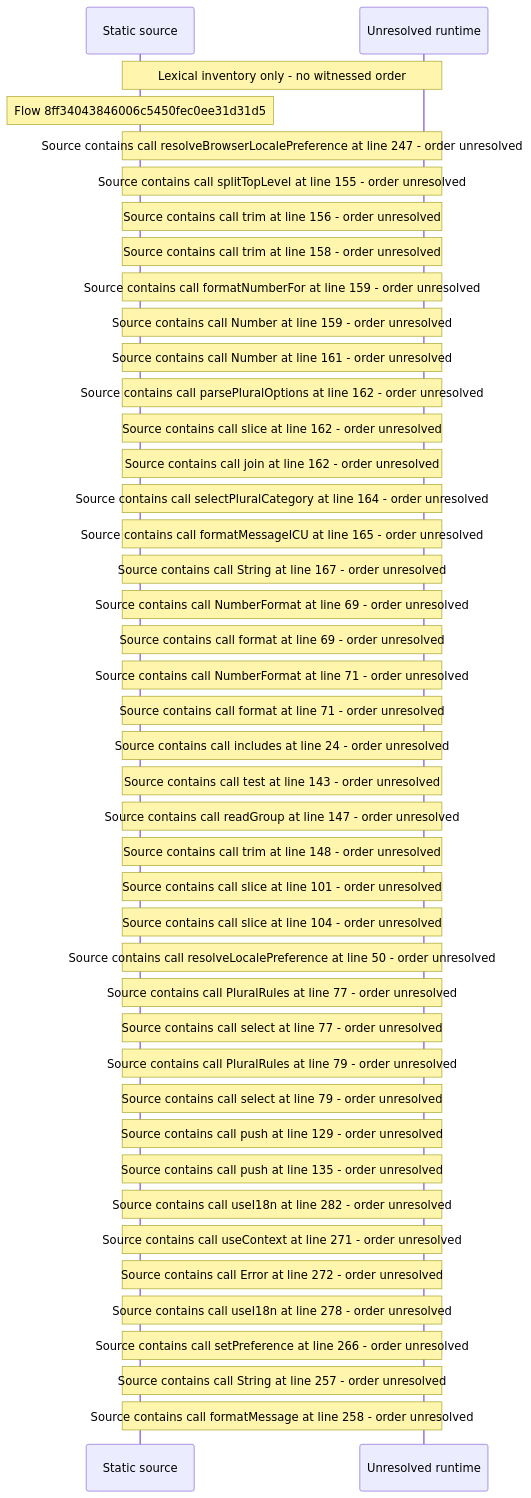
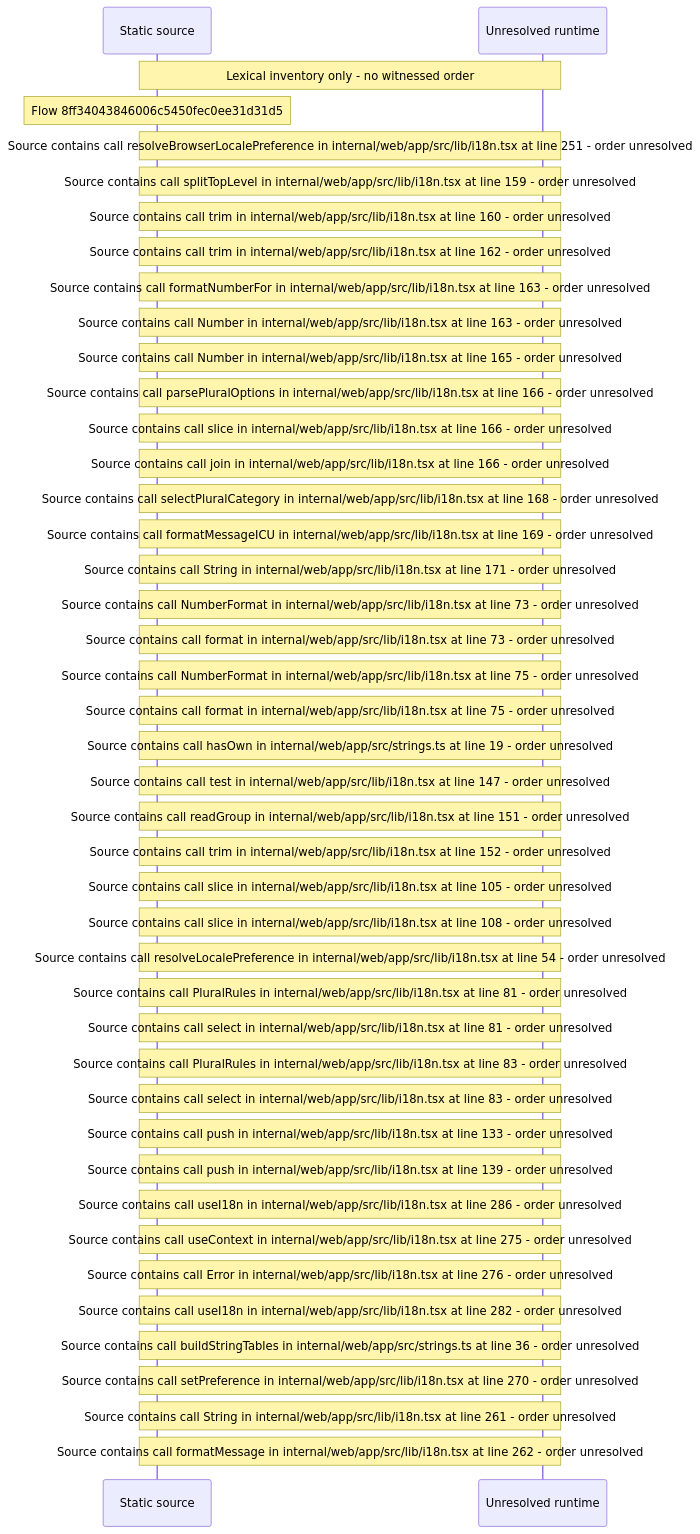
The diagram in docs/web/flows/generated/8ff34043846006c5450fec0ee31d31d5/flow-diagram.md (beamfall/core), drawn with Mermaid before and after one commit. The commit also changed other lines of this file and 715 other files, not shown here.

Commit message:
Regenerate the web flow record on the landing stack head (CORE-1762)

````diff
--- a/docs/web/flows/generated/8ff34043846006c5450fec0ee31d31d5/flow-diagram.md
+++ b/docs/web/flows/generated/8ff34043846006c5450fec0ee31d31d5/flow-diagram.md
@@ -10,44 +10,45 @@
 ```mermaid
 sequenceDiagram
     participant S as Static source
     participant U as Unresolved runtime
     Note over S,U: Lexical inventory only - no witnessed order
     Note over S: Flow 8ff34043846006c5450fec0ee31d31d5
-    Note over S,U: Source contains call resolveBrowserLocalePreference at line 247 - order unresolved
-    Note over S,U: Source contains call splitTopLevel at line 155 - order unresolved
-    Note over S,U: Source contains call trim at line 156 - order unresolved
-    Note over S,U: Source contains call trim at line 158 - order unresolved
-    Note over S,U: Source contains call formatNumberFor at line 159 - order unresolved
-    Note over S,U: Source contains call Number at line 159 - order unresolved
-    Note over S,U: Source contains call Number at line 161 - order unresolved
-    Note over S,U: Source contains call parsePluralOptions at line 162 - order unresolved
-    Note over S,U: Source contains call slice at line 162 - order unresolved
-    Note over S,U: Source contains call join at line 162 - order unresolved
-    Note over S,U: Source contains call selectPluralCategory at line 164 - order unresolved
-    Note over S,U: Source contains call formatMessageICU at line 165 - order unresolved
-    Note over S,U: Source contains call String at line 167 - order unresolved
-    Note over S,U: Source contains call NumberFormat at line 69 - order unresolved
-    Note over S,U: Source contains call format at line 69 - order unresolved
-    Note over S,U: Source contains call NumberFormat at line 71 - order unresolved
-    Note over S,U: Source contains call format at line 71 - order unresolved
-    Note over S,U: Source contains call includes at line 24 - order unresolved
-    Note over S,U: Source contains call test at line 143 - order unresolved
-    Note over S,U: Source contains call readGroup at line 147 - order unresolved
-    Note over S,U: Source contains call trim at line 148 - order unresolved
-    Note over S,U: Source contains call slice at line 101 - order unresolved
-    Note over S,U: Source contains call slice at line 104 - order unresolved
-    Note over S,U: Source contains call resolveLocalePreference at line 50 - order unresolved
-    Note over S,U: Source contains call PluralRules at line 77 - order unresolved
-    Note over S,U: Source contains call select at line 77 - order unresolved
-    Note over S,U: Source contains call PluralRules at line 79 - order unresolved
-    Note over S,U: Source contains call select at line 79 - order unresolved
-    Note over S,U: Source contains call push at line 129 - order unresolved
-    Note over S,U: Source contains call push at line 135 - order unresolved
-    Note over S,U: Source contains call useI18n at line 282 - order unresolved
-    Note over S,U: Source contains call useContext at line 271 - order unresolved
-    Note over S,U: Source contains call Error at line 272 - order unresolved
-    Note over S,U: Source contains call useI18n at line 278 - order unresolved
-    Note over S,U: Source contains call setPreference at line 266 - order unresolved
-    Note over S,U: Source contains call String at line 257 - order unresolved
-    Note over S,U: Source contains call formatMessage at line 258 - order unresolved
+    Note over S,U: Source contains call resolveBrowserLocalePreference in internal/web/app/src/lib/i18n.tsx at line 251 - order unresolved
+    Note over S,U: Source contains call splitTopLevel in internal/web/app/src/lib/i18n.tsx at line 159 - order unresolved
+    Note over S,U: Source contains call trim in internal/web/app/src/lib/i18n.tsx at line 160 - order unresolved
+    Note over S,U: Source contains call trim in internal/web/app/src/lib/i18n.tsx at line 162 - order unresolved
+    Note over S,U: Source contains call formatNumberFor in internal/web/app/src/lib/i18n.tsx at line 163 - order unresolved
+    Note over S,U: Source contains call Number in internal/web/app/src/lib/i18n.tsx at line 163 - order unresolved
+    Note over S,U: Source contains call Number in internal/web/app/src/lib/i18n.tsx at line 165 - order unresolved
+    Note over S,U: Source contains call parsePluralOptions in internal/web/app/src/lib/i18n.tsx at line 166 - order unresolved
+    Note over S,U: Source contains call slice in internal/web/app/src/lib/i18n.tsx at line 166 - order unresolved
+    Note over S,U: Source contains call join in internal/web/app/src/lib/i18n.tsx at line 166 - order unresolved
+    Note over S,U: Source contains call selectPluralCategory in internal/web/app/src/lib/i18n.tsx at line 168 - order unresolved
+    Note over S,U: Source contains call formatMessageICU in internal/web/app/src/lib/i18n.tsx at line 169 - order unresolved
+    Note over S,U: Source contains call String in internal/web/app/src/lib/i18n.tsx at line 171 - order unresolved
+    Note over S,U: Source contains call NumberFormat in internal/web/app/src/lib/i18n.tsx at line 73 - order unresolved
+    Note over S,U: Source contains call format in internal/web/app/src/lib/i18n.tsx at line 73 - order unresolved
+    Note over S,U: Source contains call NumberFormat in internal/web/app/src/lib/i18n.tsx at line 75 - order unresolved
+    Note over S,U: Source contains call format in internal/web/app/src/lib/i18n.tsx at line 75 - order unresolved
+    Note over S,U: Source contains call hasOwn in internal/web/app/src/strings.ts at line 19 - order unresolved
+    Note over S,U: Source contains call test in internal/web/app/src/lib/i18n.tsx at line 147 - order unresolved
+    Note over S,U: Source contains call readGroup in internal/web/app/src/lib/i18n.tsx at line 151 - order unresolved
+    Note over S,U: Source contains call trim in internal/web/app/src/lib/i18n.tsx at line 152 - order unresolved
+    Note over S,U: Source contains call slice in internal/web/app/src/lib/i18n.tsx at line 105 - order unresolved
+    Note over S,U: Source contains call slice in internal/web/app/src/lib/i18n.tsx at line 108 - order unresolved
+    Note over S,U: Source contains call resolveLocalePreference in internal/web/app/src/lib/i18n.tsx at line 54 - order unresolved
+    Note over S,U: Source contains call PluralRules in internal/web/app/src/lib/i18n.tsx at line 81 - order unresolved
+    Note over S,U: Source contains call select in internal/web/app/src/lib/i18n.tsx at line 81 - order unresolved
+    Note over S,U: Source contains call PluralRules in internal/web/app/src/lib/i18n.tsx at line 83 - order unresolved
+    Note over S,U: Source contains call select in internal/web/app/src/lib/i18n.tsx at line 83 - order unresolved
+    Note over S,U: Source contains call push in internal/web/app/src/lib/i18n.tsx at line 133 - order unresolved
+    Note over S,U: Source contains call push in internal/web/app/src/lib/i18n.tsx at line 139 - order unresolved
+    Note over S,U: Source contains call useI18n in internal/web/app/src/lib/i18n.tsx at line 286 - order unresolved
+    Note over S,U: Source contains call useContext in internal/web/app/src/lib/i18n.tsx at line 275 - order unresolved
+    Note over S,U: Source contains call Error in internal/web/app/src/lib/i18n.tsx at line 276 - order unresolved
+    Note over S,U: Source contains call useI18n in internal/web/app/src/lib/i18n.tsx at line 282 - order unresolved
+    Note over S,U: Source contains call buildStringTables in internal/web/app/src/strings.ts at line 36 - order unresolved
+    Note over S,U: Source contains call setPreference in internal/web/app/src/lib/i18n.tsx at line 270 - order unresolved
+    Note over S,U: Source contains call String in internal/web/app/src/lib/i18n.tsx at line 261 - order unresolved
+    Note over S,U: Source contains call formatMessage in internal/web/app/src/lib/i18n.tsx at line 262 - order unresolved
 ```
````
